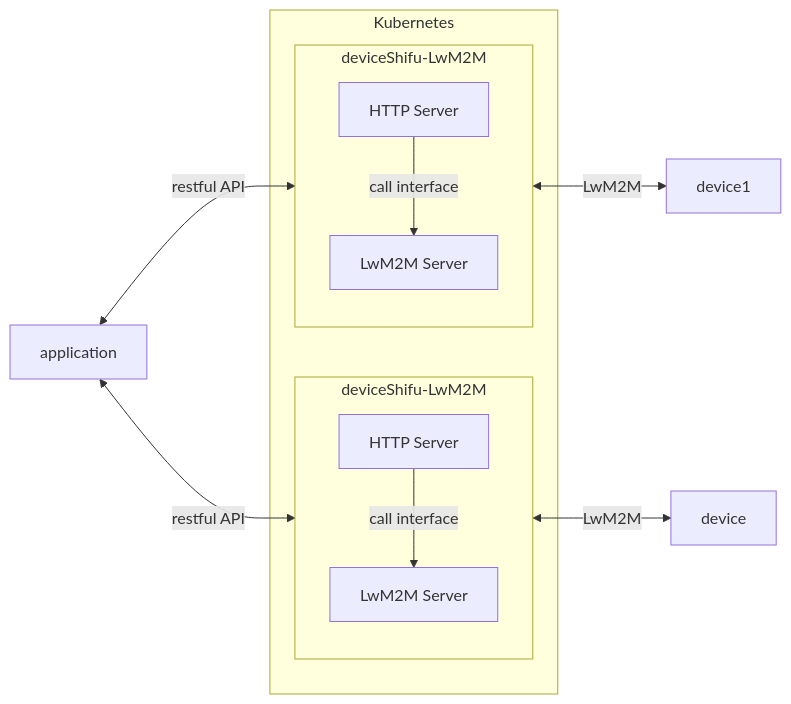
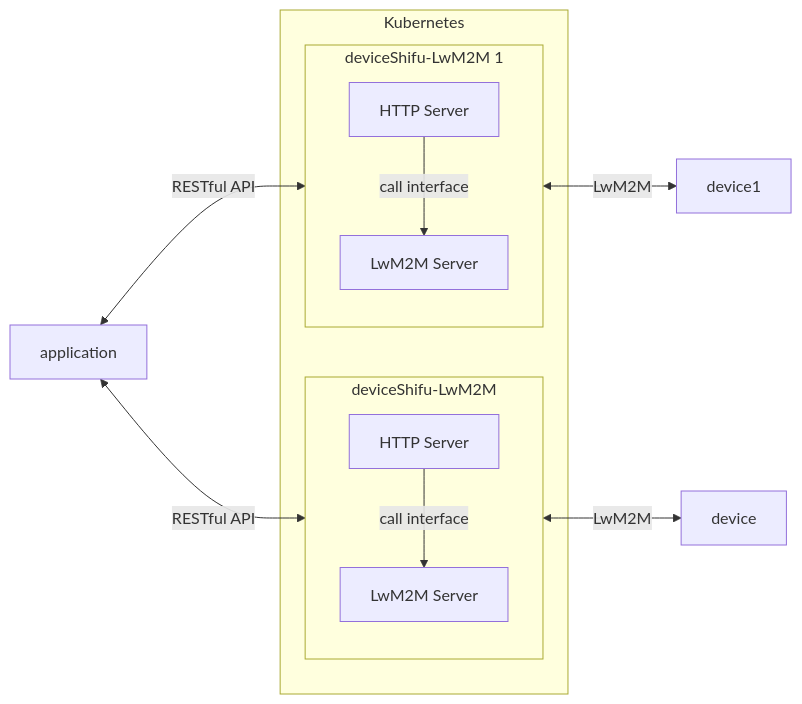
Before and after one commit to Edgenesis/shifu: the first of 2 diagrams in docs/design/deviceshifu/design-deviceShifu-lwm2m.md, drawn with Mermaid. The commit also changed other lines of this file, not shown here.

````diff
--- a/docs/design/deviceshifu/design-deviceShifu-lwm2m.md
+++ b/docs/design/deviceshifu/design-deviceShifu-lwm2m.md
@@ -26,26 +26,26 @@
 ```mermaid
 flowchart LR
 subgraph kubernetes[Kubernetes]
   subgraph ds[deviceShifu-LwM2M]
           direction TB
           lws[LwM2M Server]
-          http[HTTP Server]
-          http -->|call interface| lws
+          HTTP[HTTP Server]
+          HTTP -->|call interface| lws
   end
-  subgraph ds1[deviceShifu-LwM2M]
+  subgraph ds1[deviceShifu-LwM2M 1]
           direction TB
           lws1[LwM2M Server]
           http1[HTTP Server]
           http1 -->|call interface| lws1
   end
 end
 ap[application]
 d[device]
 d1[device1]
 
 
-ap <-->|restful API| http
-ap <-->|restful API| http1
+ap <-->|RESTful API| HTTP
+ap <-->|RESTful API| http1
 lws <-->|LwM2M| d
 lws1 <-->|LwM2M| d1
 ```
````
